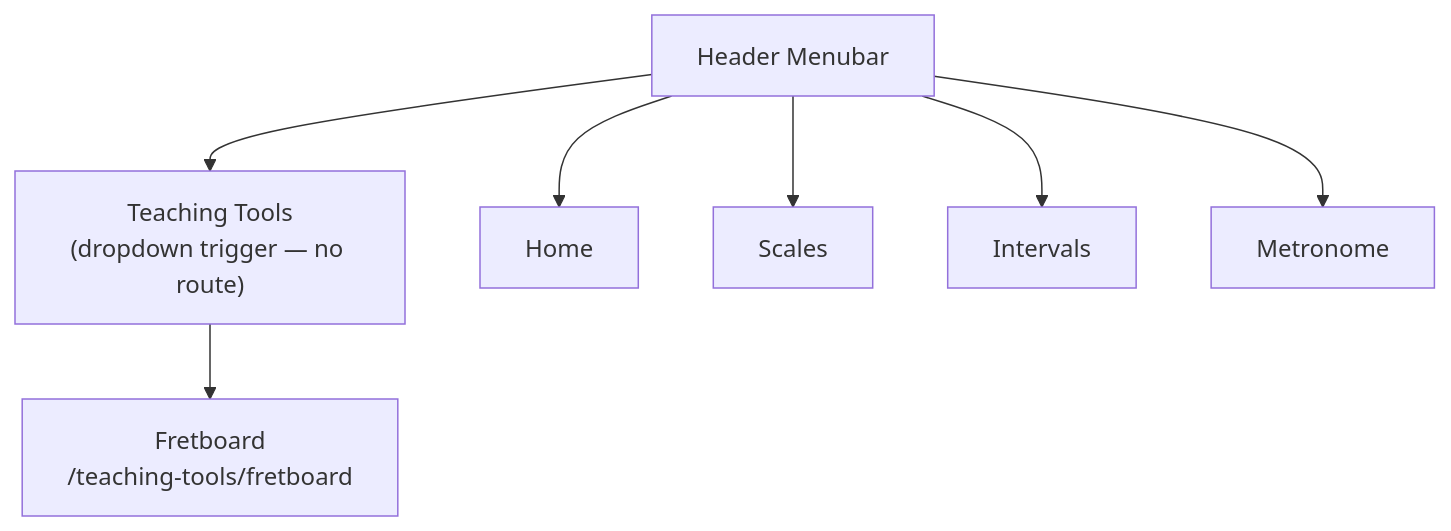
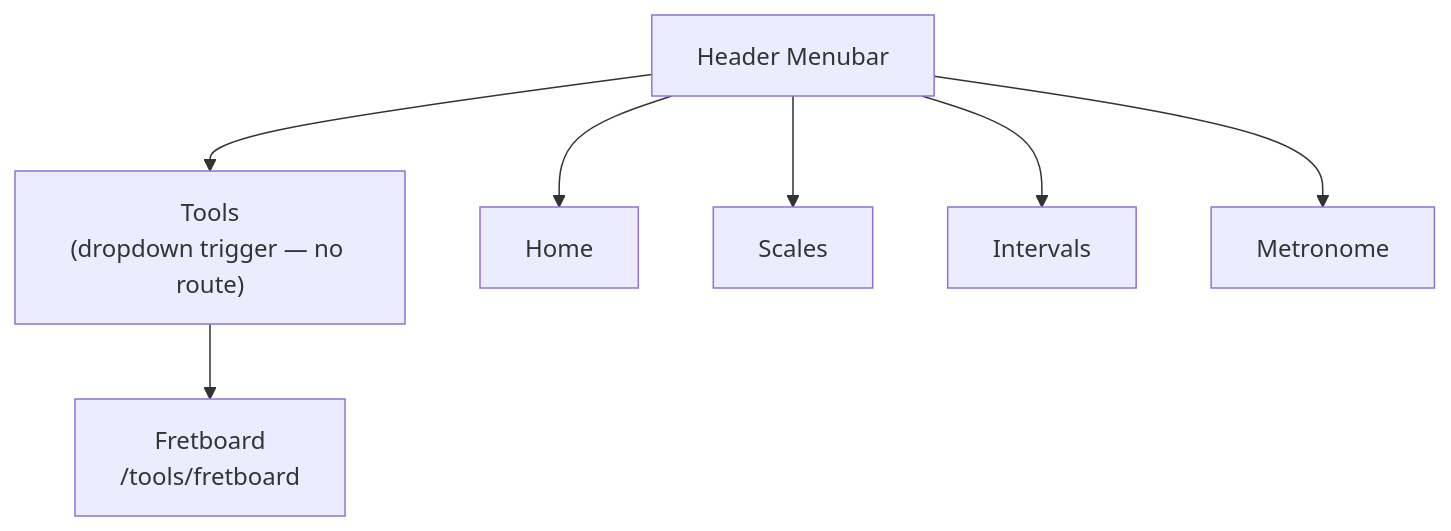
Before and after one commit to Cassen999/basscore: the second of 18 diagrams in _dev/_teaching-tools/_custom-fretboard/CUSTOM_FRETBOARD_DIAGRAM.md, drawn with Mermaid. The commit also changed other lines of this file and 8 other files, not shown here.

Commit message:
Updated wording of Teaching Tools to Tools in all applicable files, gave tools menu dropdown a background color of overlays-2 and a border radius for consistency

````diff
--- a/_dev/_teaching-tools/_custom-fretboard/CUSTOM_FRETBOARD_DIAGRAM.md
+++ b/_dev/_teaching-tools/_custom-fretboard/CUSTOM_FRETBOARD_DIAGRAM.md
@@ -33,13 +33,13 @@
 ```mermaid
 flowchart TD
     NAV["Header Menubar"]
-    TT["Teaching Tools\n(dropdown trigger — no route)"]
-    FB["Fretboard\n/teaching-tools/fretboard"]
+    TT["Tools\n(dropdown trigger — no route)"]
+    FB["Fretboard\n/tools/fretboard"]
 
     NAV --> Home
     NAV --> Scales
     NAV --> Intervals
     NAV --> Metronome
     NAV --> TT
     TT --> FB
 ```
````
